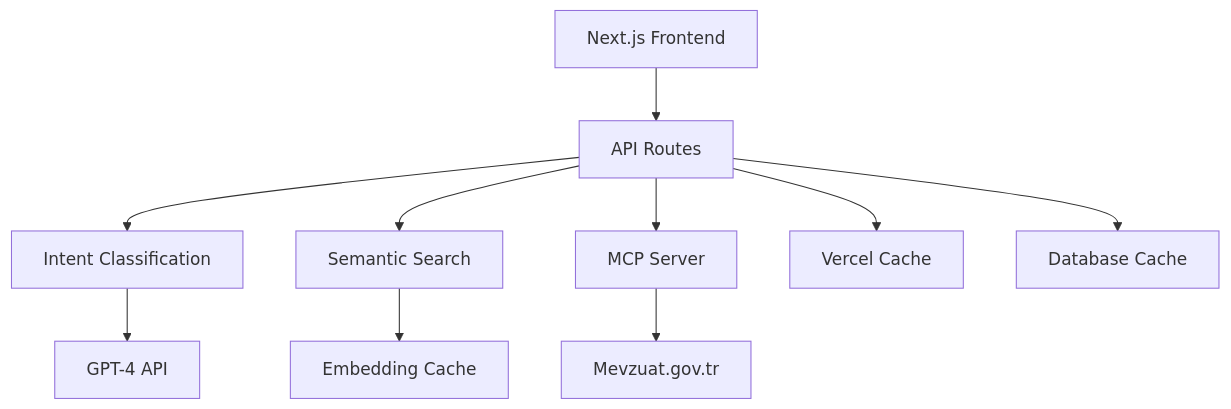
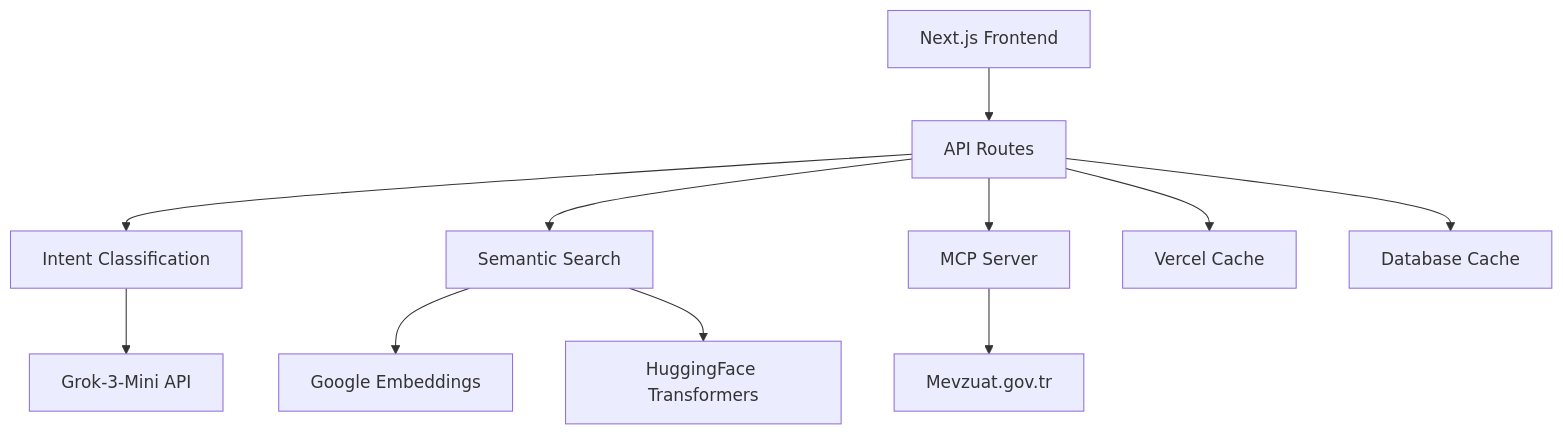
The diagram in README.md (retr0senss/jurisgen), drawn with Mermaid before and after one commit. The commit also changed other lines of this file, not shown here.

````diff
--- a/README.md
+++ b/README.md
@@ -36,12 +36,13 @@
 ```mermaid
 graph TB
     A[Next.js Frontend] --> B[API Routes]
     B --> C[Intent Classification]
     B --> D[Semantic Search]
     B --> E[MCP Server]
     E --> F[Mevzuat.gov.tr]
-    C --> G[GPT-4 API]
-    D --> H[Embedding Cache]
-    B --> I[Vercel Cache]
-    B --> J[Database Cache]
+    C --> G[Grok-3-Mini API]
+    D --> H[Google Embeddings]
+    D --> I[HuggingFace Transformers]
+    B --> J[Vercel Cache]
+    B --> K[Database Cache]
 ```
````
